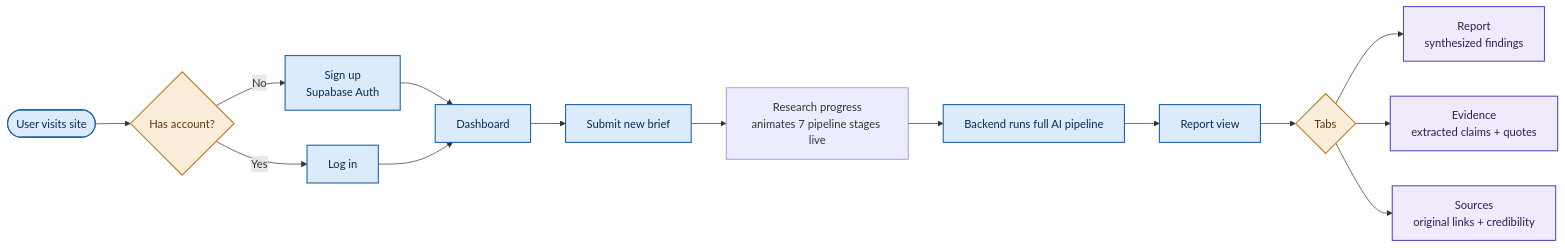
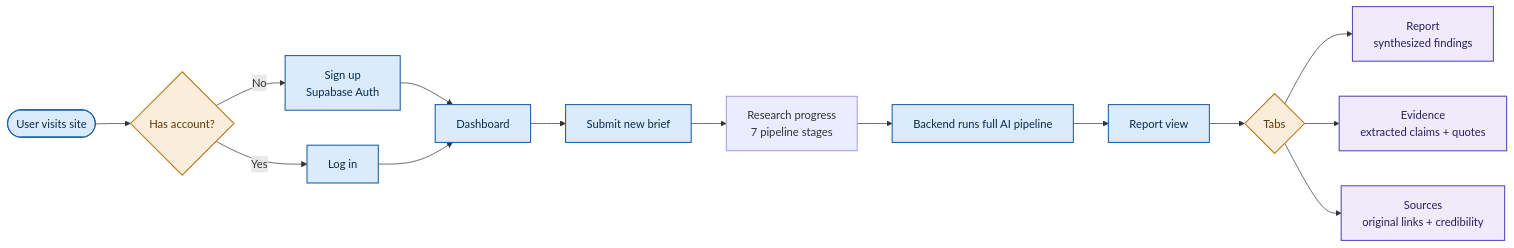
One commit to adityatygi/Meridian---AI-Market-Research-Strategy-Engine changed the third of 3 diagrams in README.md. Above: the diagram before and after it, drawn with Mermaid. The commit also changed other lines of this file, not shown here.

````diff
--- a/README.md
+++ b/README.md
@@ -370,24 +413,24 @@
 ```mermaid
 flowchart LR
     classDef step fill:#DCEBFB,stroke:#185FA5,stroke-width:1.5px,color:#042C53
     classDef decision fill:#FAEEDA,stroke:#BA7517,stroke-width:1.5px,color:#633806
     classDef tab fill:#F0EAFB,stroke:#534AB7,stroke-width:1.5px,color:#26215C
 
     A(["User visits site"]) --> B{"Has account?"}
     B -- No --> C["Sign up<br/>Supabase Auth"]
     B -- Yes --> D["Log in"]
     C --> E["Dashboard"]
     D --> E
     E --> F["Submit new brief"]
-    F --> G["Research progress<br/>animates 7 pipeline stages live"]
+    F --> G["Research progress<br/>7 pipeline stages"]
     G --> H["Backend runs full AI pipeline"]
     H --> I["Report view"]
     I --> J{"Tabs"}
     J --> K["Report<br/>synthesized findings"]
     J --> L["Evidence<br/>extracted claims + quotes"]
     J --> M["Sources<br/>original links + credibility"]
 
     class A,C,D,E,F,H,I step
     class B,J decision
     class K,L,M tab
 ```
````
